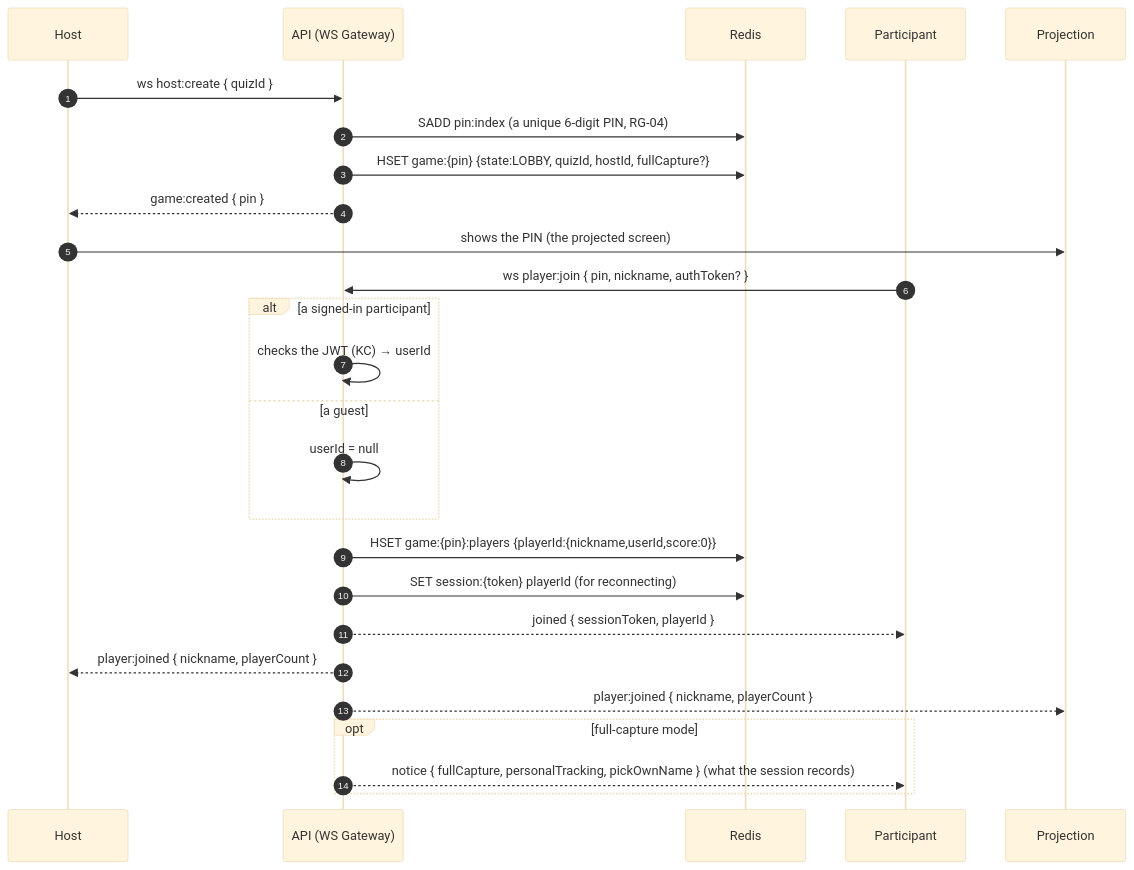
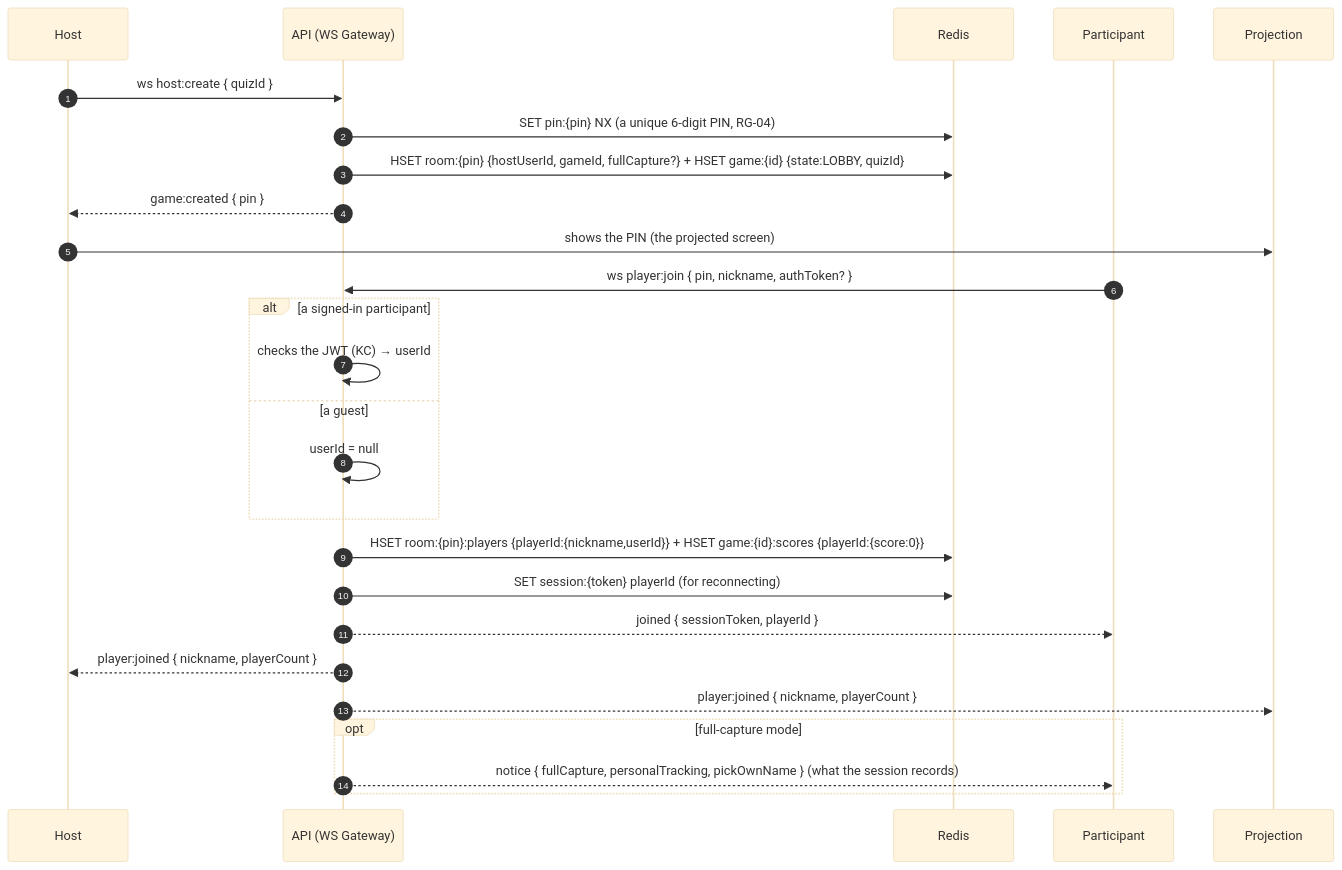
One commit to quizdock/quiz-dock changed the second of 7 diagrams in specifications/SPECIFICATIONS-SEQUENCES.md. Above: the diagram before and after it, drawn with Mermaid (base theme). The commit also changed other lines of this file and 22 other files, not shown here.

First line of the commit message:
refactor(game): the room under its PIN, each game under its own id

````diff
--- a/specifications/SPECIFICATIONS-SEQUENCES.md
+++ b/specifications/SPECIFICATIONS-SEQUENCES.md
@@ -41,30 +41,30 @@
 ```mermaid
 sequenceDiagram
     autonumber
     participant F as Host
     participant API as API (WS Gateway)
     participant R as Redis
     participant A as Participant
     participant P as Projection
 
     F->>API: ws host:create { quizId }
-    API->>R: SADD pin:index (a unique 6-digit PIN, RG-04)
-    API->>R: HSET game:{pin} {state:LOBBY, quizId, hostId, fullCapture?}
+    API->>R: SET pin:{pin} NX (a unique 6-digit PIN, RG-04)
+    API->>R: HSET room:{pin} {hostUserId, gameId, fullCapture?} + HSET game:{id} {state:LOBBY, quizId}
     API-->>F: game:created { pin }
     F->>P: shows the PIN (the projected screen)
 
     A->>API: ws player:join { pin, nickname, authToken? }
     alt a signed-in participant
         API->>API: checks the JWT (KC) → userId
     else a guest
         API->>API: userId = null
     end
-    API->>R: HSET game:{pin}:players {playerId:{nickname,userId,score:0}}
+    API->>R: HSET room:{pin}:players {playerId:{nickname,userId}} + HSET game:{id}:scores {playerId:{score:0}}
     API->>R: SET session:{token} playerId (for reconnecting)
     API-->>A: joined { sessionToken, playerId }
     API-->>F: player:joined { nickname, playerCount }
     API-->>P: player:joined { nickname, playerCount }
     opt full-capture mode
         API-->>A: notice { fullCapture, personalTracking, pickOwnName } (what the session records)
     end
 ```
````
